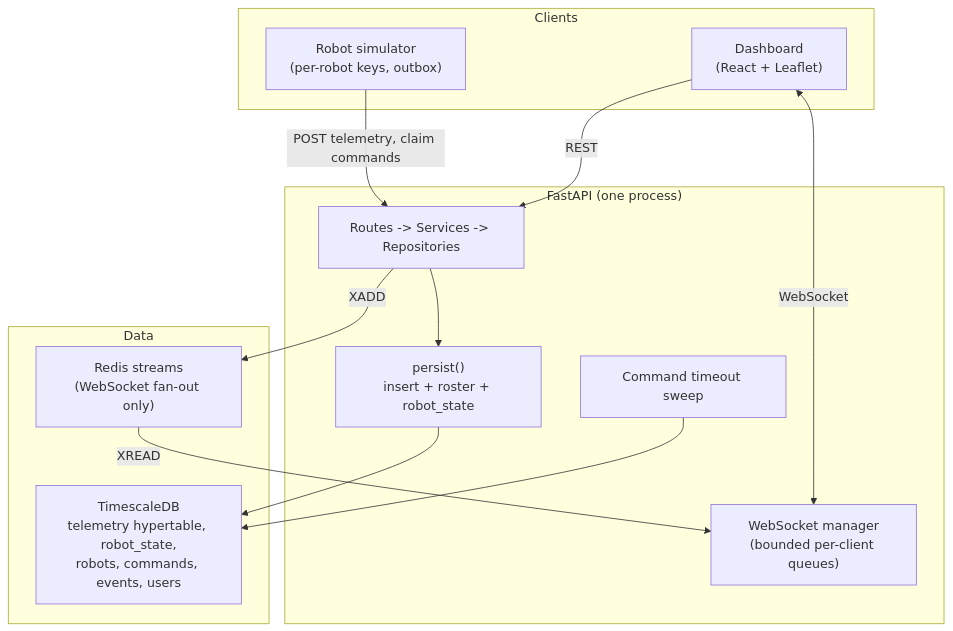
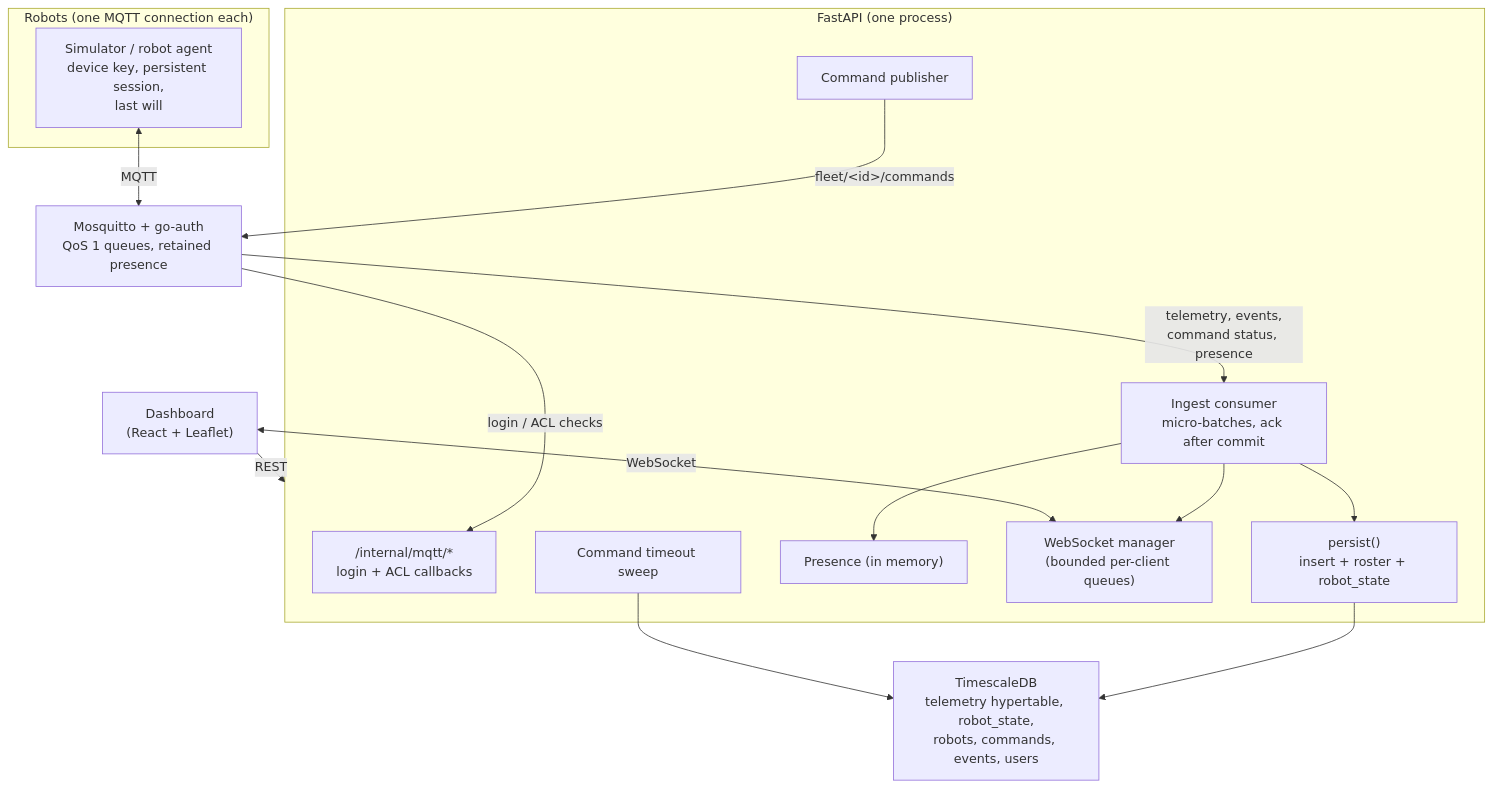
Before and after one commit to colin-110/robot-fleet-platform: the diagram in docs/architecture.md, drawn with Mermaid. The commit also changed other lines of this file and 54 other files, not shown here.

First line of the commit message:
Move robot traffic to MQTT through Mosquitto, with per-robot access rules

````diff
--- a/docs/architecture.md
+++ b/docs/architecture.md
@@ -10,26 +11,32 @@
 ```mermaid
 graph TB
-  subgraph Clients["Clients"]
-    SIM["Robot simulator<br/>(per-robot keys, outbox)"]
-    DASH["Dashboard<br/>(React + Leaflet)"]
+  subgraph Robots["Robots (one MQTT connection each)"]
+    SIM["Simulator / robot agent<br/>device key, persistent session,<br/>last will"]
   end
 
+  BROKER["Mosquitto + go-auth<br/>QoS 1 queues, retained presence"]
+
   subgraph API["FastAPI (one process)"]
-    ROUTES["Routes -> Services -> Repositories"]
+    AUTH["/internal/mqtt/*<br/>login + ACL callbacks"]
+    INGEST["Ingest consumer<br/>micro-batches, ack after commit"]
     PERSIST["persist()<br/>insert + roster + robot_state"]
+    CMDS["Command publisher"]
+    PRES["Presence (in memory)"]
     WS["WebSocket manager<br/>(bounded per-client queues)"]
     TIMEOUTS["Command timeout sweep"]
   end
 
-  subgraph Data["Data"]
-    PG["TimescaleDB<br/>telemetry hypertable, robot_state,<br/>robots, commands, events, users"]
-    REDIS["Redis streams<br/>(WebSocket fan-out only)"]
-  end
+  PG["TimescaleDB<br/>telemetry hypertable, robot_state,<br/>robots, commands, events, users"]
+  DASH["Dashboard<br/>(React + Leaflet)"]
 
-  SIM -->|"POST telemetry, claim commands"| ROUTES
-  ROUTES --> PERSIST --> PG
-  ROUTES -->|"XADD"| REDIS -->|"XREAD"| WS
+  SIM <-->|"MQTT"| BROKER
+  BROKER -->|"login / ACL checks"| AUTH
+  BROKER -->|"telemetry, events,<br/>command status, presence"| INGEST
+  INGEST --> PERSIST --> PG
+  INGEST --> PRES
+  CMDS -->|"fleet/&lt;id&gt;/commands"| BROKER
+  INGEST --> WS
   DASH <-->|"WebSocket"| WS
-  DASH -->|"REST"| ROUTES
+  DASH -->|"REST"| API
   TIMEOUTS --> PG
 ```
````
